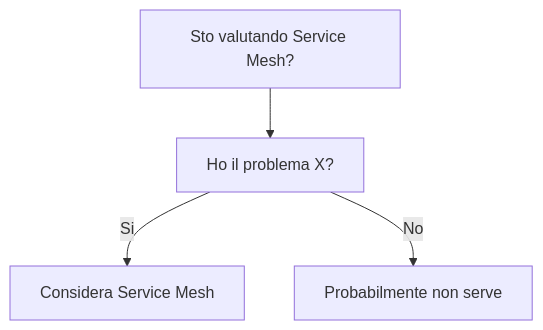
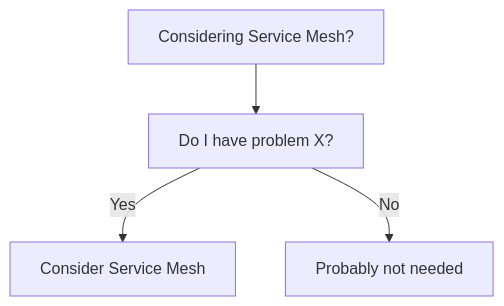
One commit to HxT9/Software-Dev-Wiki changed the diagram in dev-wiki/10_DevOps/Service_Mesh/When_To_Use.md. Above: the diagram before and after it, drawn with Mermaid. The commit also changed other lines of this file and 3444 other files, not shown here.

````diff
--- a/dev-wiki/10_DevOps/Service_Mesh/When_To_Use.md
+++ b/dev-wiki/10_DevOps/Service_Mesh/When_To_Use.md
@@ -19,6 +19,6 @@
 ```mermaid
 flowchart TD
-  Q[Sto valutando Service Mesh?] --> Q1[Ho il problema X?]
-  Q1 -->|Si| OK[Considera Service Mesh]
-  Q1 -->|No| NO[Probabilmente non serve]
+  Q[Considering Service Mesh?] --> Q1[Do I have problem X?]
+  Q1 -->|Yes| OK[Consider Service Mesh]
+  Q1 -->|No| NO[Probably not needed]
 ```
````
